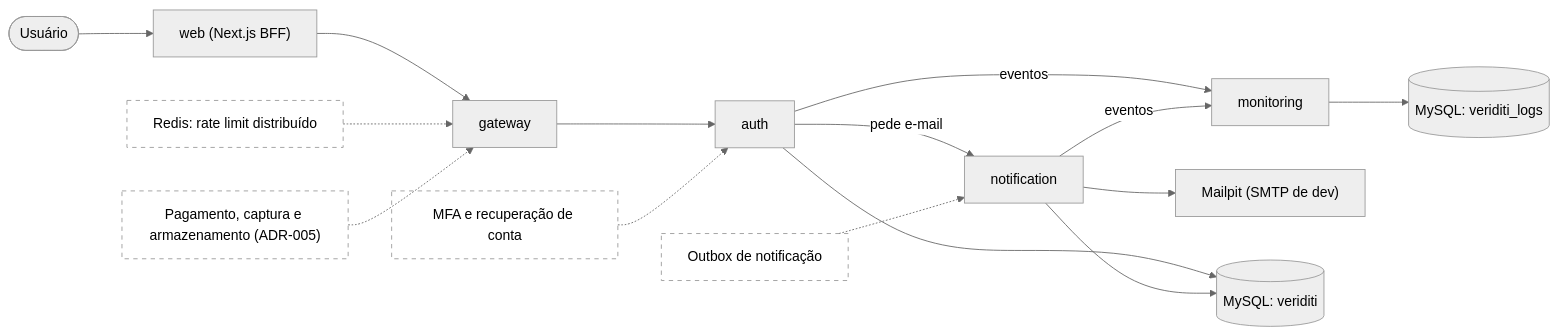
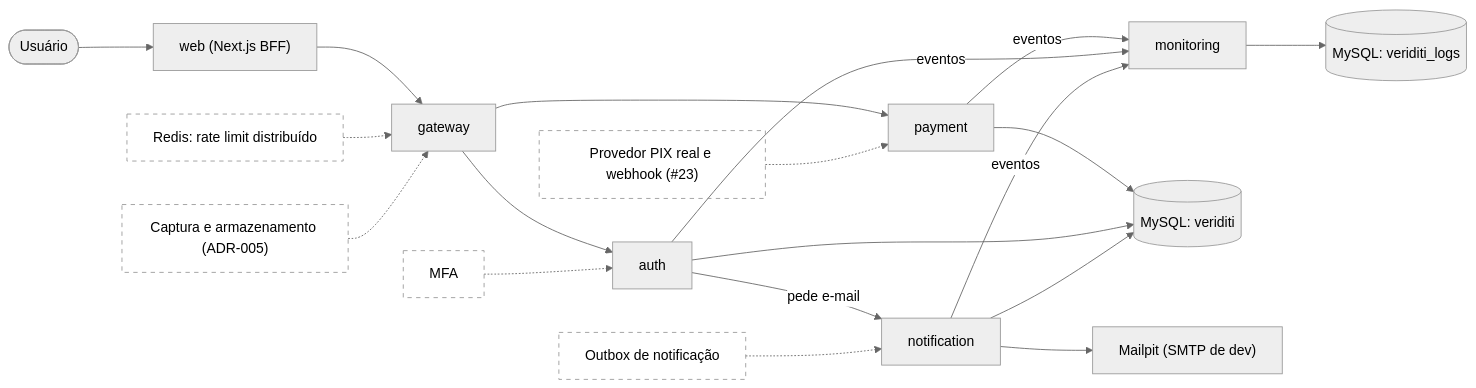
Before and after one commit to Jaedsonn/Veredict: the diagram in README.md, drawn with Mermaid (neutral theme). The commit also changed other lines of this file and 70 other files, not shown here.

````diff
--- a/README.md
+++ b/README.md
@@ -11,20 +12,24 @@
 ```mermaid
 flowchart LR
     U(["Usuário"]) --> WEB["web (Next.js BFF)"]
     WEB --> GW["gateway"]
     GW --> AUTH["auth"]
+    GW --> PAY["payment"]
+    PAY -- "eventos" --> MON
+    PAY --> DB1
     AUTH -- "pede e-mail" --> NOTIF["notification"]
     AUTH -- "eventos" --> MON["monitoring"]
     NOTIF -- "eventos" --> MON
     NOTIF --> MAIL["Mailpit (SMTP de dev)"]
     AUTH --> DB1[("MySQL: veriditi")]
     NOTIF --> DB1
     MON --> DB2[("MySQL: veriditi_logs")]
 
     REDIS["Redis: rate limit distribuído"]:::s2 -.-> GW
     OUTBOX["Outbox de notificação"]:::s2 -.-> NOTIF
-    MFA["MFA e recuperação de conta"]:::s2 -.-> AUTH
-    OUTROS["Pagamento, captura e armazenamento (ADR-005)"]:::s2 -.-> GW
+    MFA["MFA"]:::s2 -.-> AUTH
+    PIX["Provedor PIX real e webhook (#23)"]:::s2 -.-> PAY
+    OUTROS["Captura e armazenamento (ADR-005)"]:::s2 -.-> GW
 
     classDef s2 stroke-dasharray: 5 5,fill:none
 ```
````
